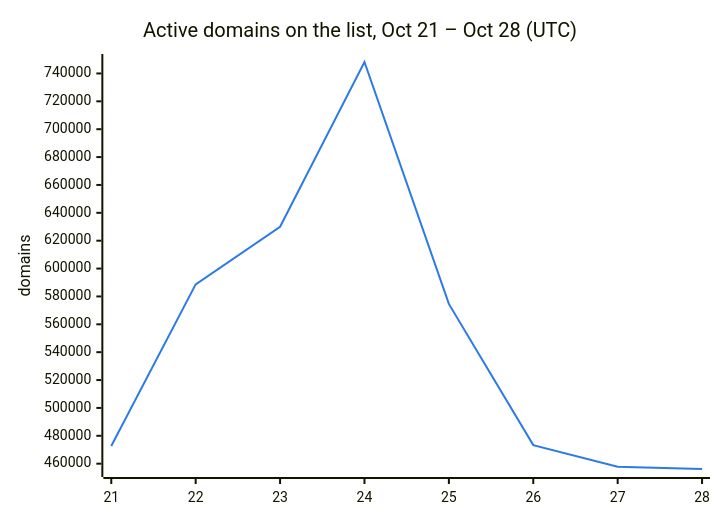
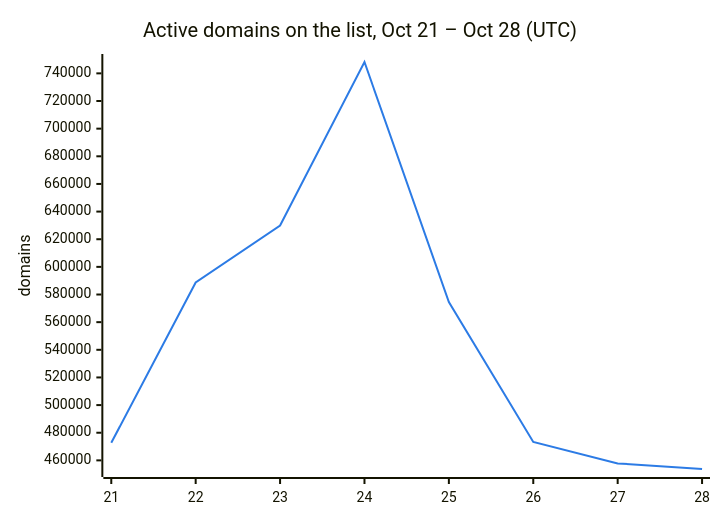
Before and after one commit to DNSBunker/CTI: the second of 3 diagrams in README.md, drawn with Mermaid. The commit also changed other lines of this file and 3 other files, not shown here.

````diff
--- a/README.md
+++ b/README.md
@@ -38,8 +38,8 @@
 ```mermaid
 %%{init: {"themeVariables": {"xyChart": {"plotColorPalette": "#2c7be5"}}}}%%
 xychart-beta
     title "Active domains on the list, Oct 21 – Oct 28 (UTC)"
     x-axis ["21", "22", "23", "24", "25", "26", "27", "28"]
     y-axis "domains"
-    line [472713, 588659, 629951, 748222, 574614, 473331, 457795, 456181]
+    line [472713, 588659, 629951, 748222, 574614, 473331, 457795, 453760]
 ```
````
